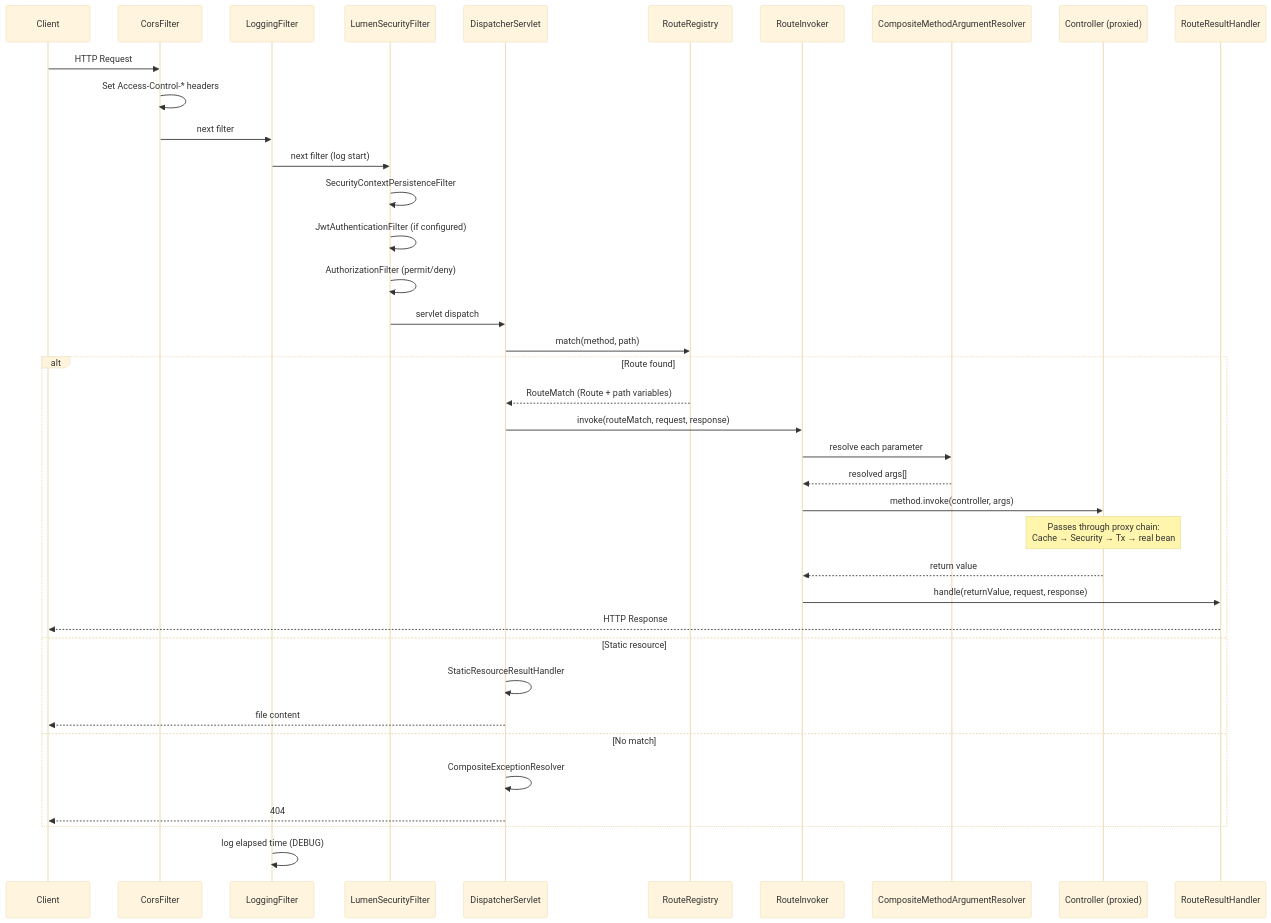
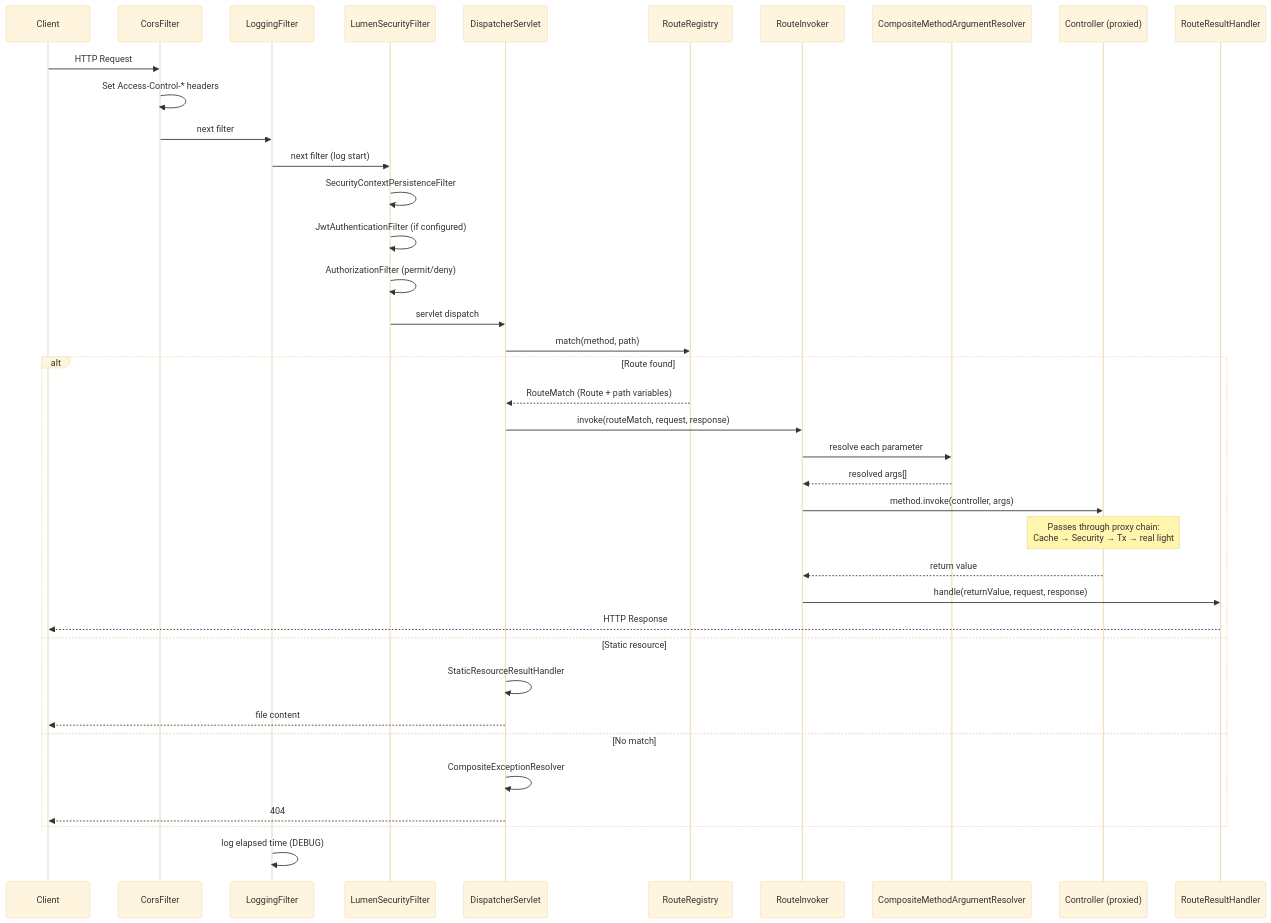
One commit to davidstefanovic98/lumen changed the third of 4 diagrams in docs/architecture.md. Above: the diagram before and after it, drawn with Mermaid (base theme). The commit also changed other lines of this file and 21 other files, not shown here.

````diff
--- a/docs/architecture.md
+++ b/docs/architecture.md
@@ -316,43 +317,43 @@
 ```mermaid
 sequenceDiagram
     participant Client
     participant CF as CorsFilter
     participant LF as LoggingFilter
     participant SF as LumenSecurityFilter
     participant DS as DispatcherServlet
     participant RR as RouteRegistry
     participant RI as RouteInvoker
     participant Arg as CompositeMethodArgumentResolver
     participant Ctrl as Controller (proxied)
     participant RH as RouteResultHandler
 
     Client->>CF: HTTP Request
     CF->>CF: Set Access-Control-* headers
     CF->>LF: next filter
     LF->>SF: next filter (log start)
     SF->>SF: SecurityContextPersistenceFilter
     SF->>SF: JwtAuthenticationFilter (if configured)
     SF->>SF: AuthorizationFilter (permit/deny)
     SF->>DS: servlet dispatch
 
     DS->>RR: match(method, path)
     alt Route found
         RR-->>DS: RouteMatch (Route + path variables)
         DS->>RI: invoke(routeMatch, request, response)
         RI->>Arg: resolve each parameter
         Arg-->>RI: resolved args[]
         RI->>Ctrl: method.invoke(controller, args)
-        Note over Ctrl: Passes through proxy chain:<br/>Cache → Security → Tx → real bean
+        Note over Ctrl: Passes through proxy chain:<br/>Cache → Security → Tx → real light
         Ctrl-->>RI: return value
         RI->>RH: handle(returnValue, request, response)
         RH-->>Client: HTTP Response
     else Static resource
         DS->>DS: StaticResourceResultHandler
         DS-->>Client: file content
     else No match
         DS->>DS: CompositeExceptionResolver
         DS-->>Client: 404
     end
 
     LF->>LF: log elapsed time (DEBUG)
 ```
````
